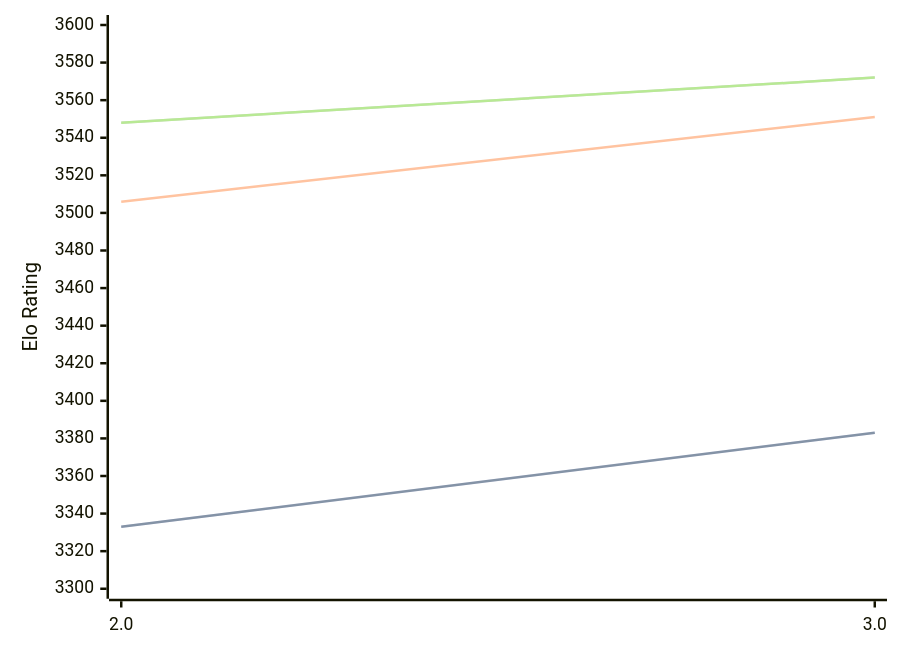
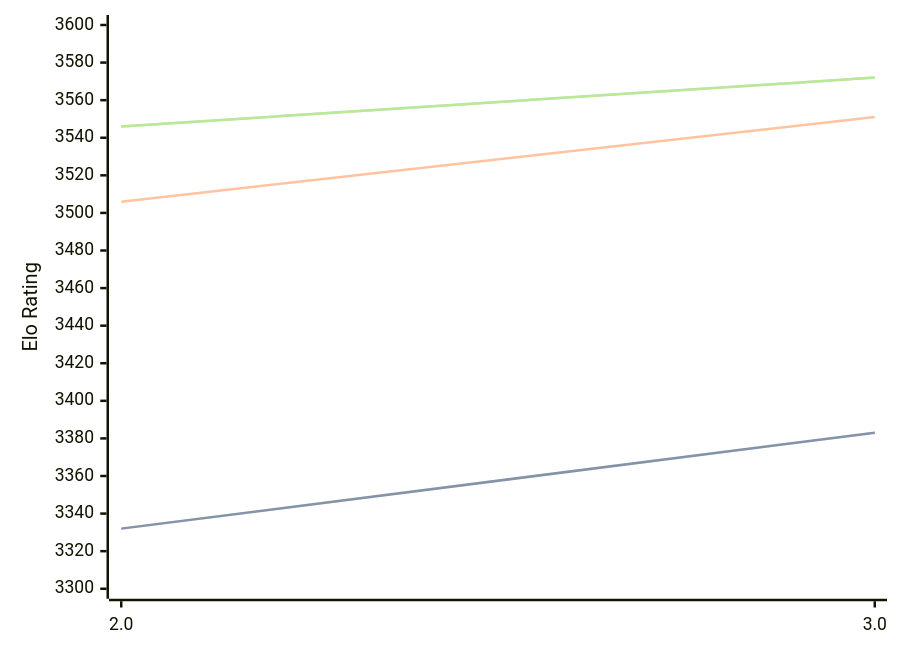
One commit to computer-chess-index/cci changed the diagram in engines/Quanticade.md. Above: the diagram before and after it, drawn with Mermaid. The commit also changed other lines of this file, not shown here.

Commit message:
Update CCI Ratings (ELO VLTC) - 2026-03-16

````diff
--- a/engines/Quanticade.md
+++ b/engines/Quanticade.md
@@ -39,11 +39,11 @@
 ```mermaid
 %%{init: {"theme":"base","themeVariables":{"seriesColors:['#a3a3a3','#222221','#faa371']}}}%%
 xychart-beta
   x-axis ["2.0", "3.0"]
   y-axis "Elo Rating" 3300 --> 3600
-  line "STC (8.0+0.08s)" [3333, 3383]
-  line "STC (8.0+0.08s)" [3333, 3383]
+  line "STC (8.0+0.08s)" [3332, 3383]
+  line "STC (8.0+0.08s)" [3332, 3383]
   line "LTC (60.0+0.60s)" [3506, 3551]
-  line "VLTC (2m24s+1.12s)" [3548, 3572]
-  line "VLTC (2m24s+1.12s)" [3548, 3572]
+  line "VLTC (2m24s+1.12s)" [3546, 3572]
+  line "VLTC (2m24s+1.12s)" [3546, 3572]
 ```
````
